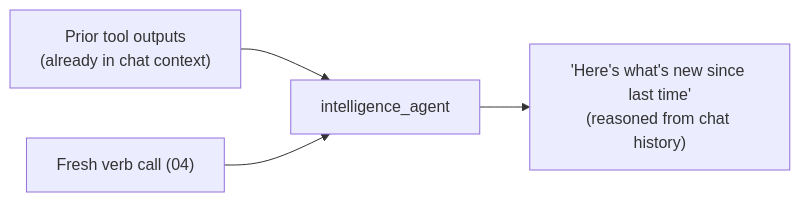
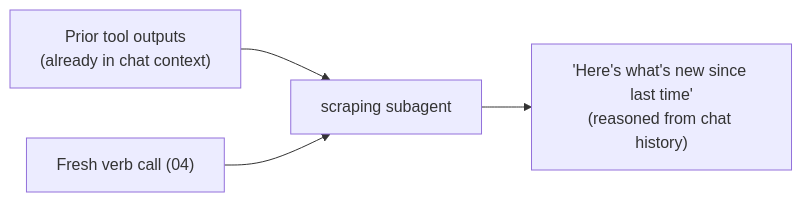
The fifth of 6 diagrams in plans/backend/00b-pipeline-diagrams.md (MODSetter/SurfSense), drawn with Mermaid before and after one commit. The commit also changed other lines of this file and 3 other files, not shown here.

Commit message:
docs(plans): sync phase 4-7 state; rename to scraping subagent

````diff
--- a/plans/backend/00b-pipeline-diagrams.md
+++ b/plans/backend/00b-pipeline-diagrams.md
@@ -91,6 +90,6 @@
 ```mermaid
 flowchart LR
-  P["Prior tool outputs<br/>(already in chat context)"] --> AG["intelligence_agent"]
+  P["Prior tool outputs<br/>(already in chat context)"] --> AG["scraping subagent"]
   NEW["Fresh verb call (04)"] --> AG
   AG --> ANS["'Here's what's new since last time'<br/>(reasoned from chat history)"]
 ```
````
